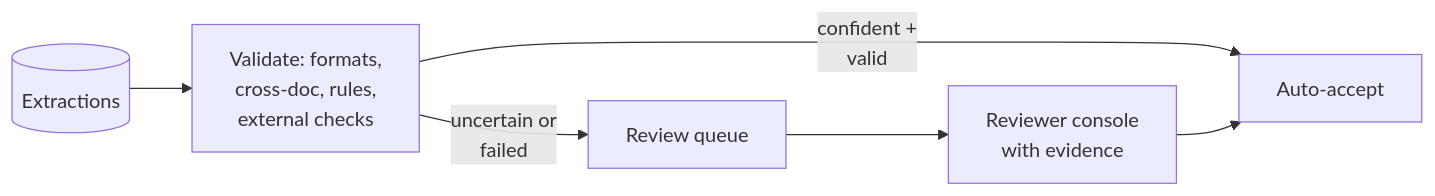
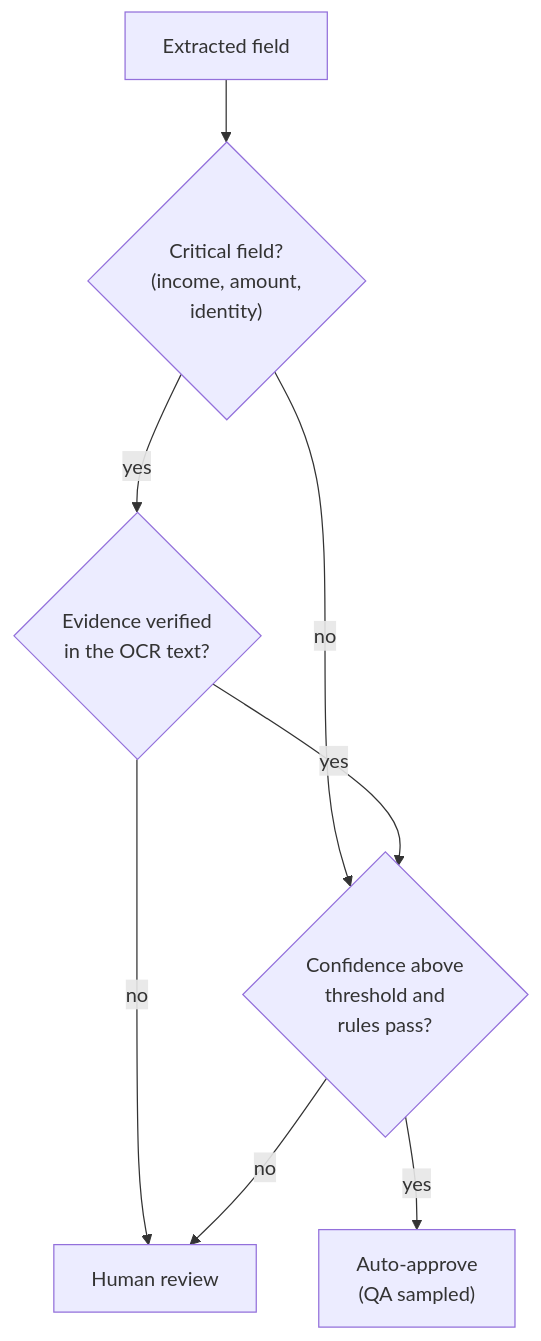
The second of 3 diagrams in src/Data/aiStackDocs/DP-08.md (shubamchaudhary/CodeNITW), drawn with Mermaid before and after one commit. The commit also changed other lines of this file and 52 other files, not shown here.

````diff
--- a/src/Data/aiStackDocs/DP-08.md
+++ b/src/Data/aiStackDocs/DP-08.md
@@ -91,8 +61,10 @@
 ```mermaid
-flowchart LR
-    EX[("Extractions")] --> VAL["Validate: formats,<br/>cross-doc, rules,<br/>external checks"]
-    VAL -->|"confident +<br/>valid"| OK["Auto-accept"]
-    VAL -->|"uncertain or<br/>failed"| RQ["Review queue"]
-    RQ --> RV["Reviewer console<br/>with evidence"]
-    RV --> OK
+flowchart TD
+    F["Extracted field"] --> CR{"Critical field?<br/>(income, amount,<br/>identity)"}
+    CR -->|"yes"| EV{"Evidence verified<br/>in the OCR text?"}
+    CR -->|"no"| LC{"Confidence above<br/>threshold and<br/>rules pass?"}
+    EV -->|"no"| RV["Human review"]
+    EV -->|"yes"| LC
+    LC -->|"yes"| AA["Auto-approve<br/>(QA sampled)"]
+    LC -->|"no"| RV
 ```
````
